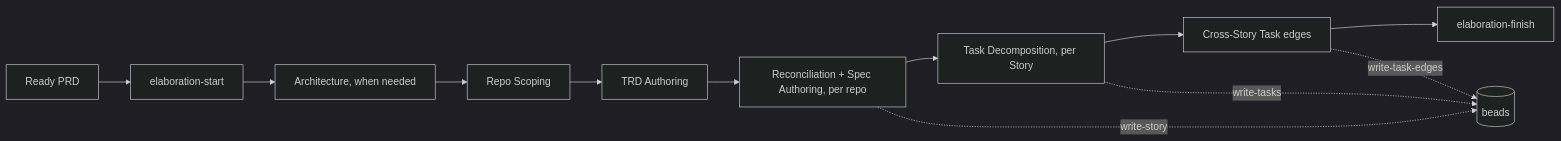
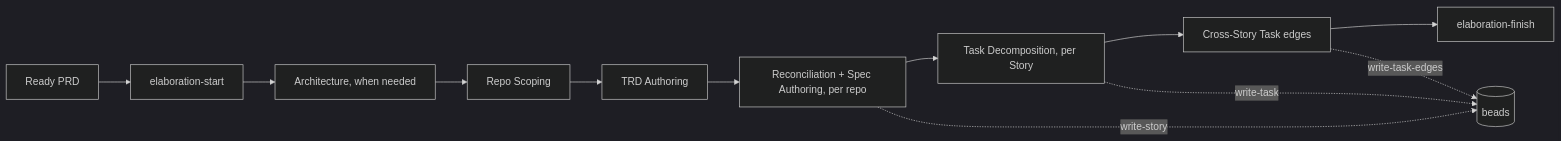
The second of 4 diagrams in plugins/agent-teams-workforce/AGENT-TEAMS-WORKFORCE.md (mark-satterfield/toolset), drawn with Mermaid (dark theme) before and after one commit. The commit also changed other lines of this file and 9 other files, not shown here.

````diff
--- a/plugins/agent-teams-workforce/AGENT-TEAMS-WORKFORCE.md
+++ b/plugins/agent-teams-workforce/AGENT-TEAMS-WORKFORCE.md
@@ -50,13 +50,13 @@
 ```mermaid
 graph LR
   P[Ready PRD] --> L[elaboration-start]
   L --> A[Architecture, when needed] --> RS[Repo Scoping]
   RS --> R[TRD Authoring]
   R --> S[Reconciliation + Spec Authoring, per repo]
   S --> T[Task Decomposition, per Story]
   T --> X[Cross-Story Task edges]
   X --> E[elaboration-finish]
   S -. write-story .-> B[(beads)]
-  T -. write-tasks .-> B
+  T -. write-task .-> B
   X -. write-task-edges .-> B
 ```
````
